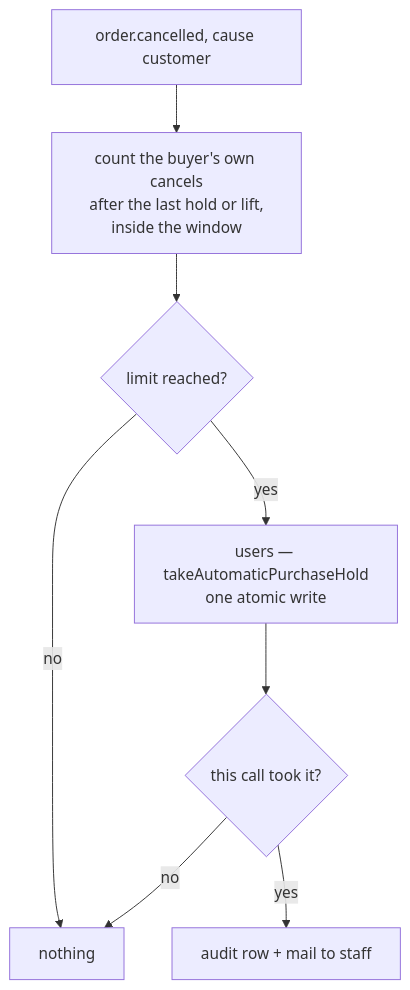
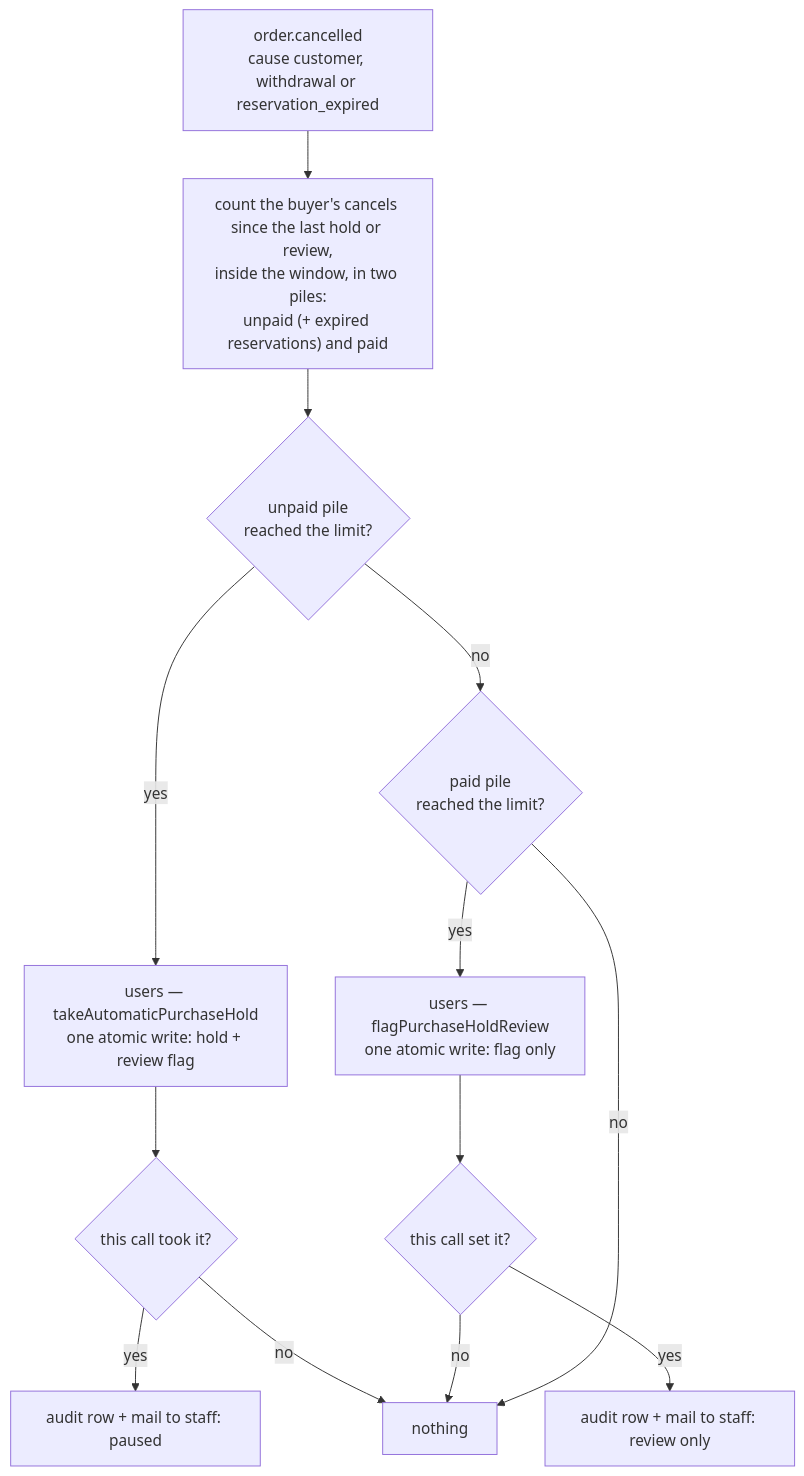
Before and after one commit to Guebbit/boilerplate-node-backend: the ninth of 9 diagrams in docs/modules/orders.md, drawn with Mermaid. The commit also changed other lines of this file and 39 other files, not shown here.

First line of the commit message:
feat(orders): rework the purchase hold around a review flag

````diff
--- a/docs/modules/orders.md
+++ b/docs/modules/orders.md
@@ -671,10 +681,15 @@
 ```mermaid
 flowchart TD
-    cancel["order.cancelled, cause customer"] --> count["count the buyer's own cancels<br/>after the last hold or lift,<br/>inside the window"]
-    count --> enough{"limit reached?"}
-    enough -- no --> done["nothing"]
-    enough -- yes --> claim["users — takeAutomaticPurchaseHold<br/>one atomic write"]
+    cancel["order.cancelled<br/>cause customer, withdrawal or reservation_expired"] --> count["count the buyer's cancels since the last hold or review,<br/>inside the window, in two piles:<br/>unpaid (+ expired reservations) and paid"]
+    count --> unpaid{"unpaid pile<br/>reached the limit?"}
+    unpaid -- yes --> claim["users — takeAutomaticPurchaseHold<br/>one atomic write: hold + review flag"]
     claim --> won{"this call took it?"}
-    won -- no --> done
-    won -- yes --> notify["audit row + mail to staff"]
+    won -- yes --> notify["audit row + mail to staff: paused"]
+    won -- no --> done["nothing"]
+    unpaid -- no --> paid{"paid pile<br/>reached the limit?"}
+    paid -- yes --> flag["users — flagPurchaseHoldReview<br/>one atomic write: flag only"]
+    flag --> flagged{"this call set it?"}
+    flagged -- yes --> notify2["audit row + mail to staff: review only"]
+    flagged -- no --> done
+    paid -- no --> done
 ```
````
